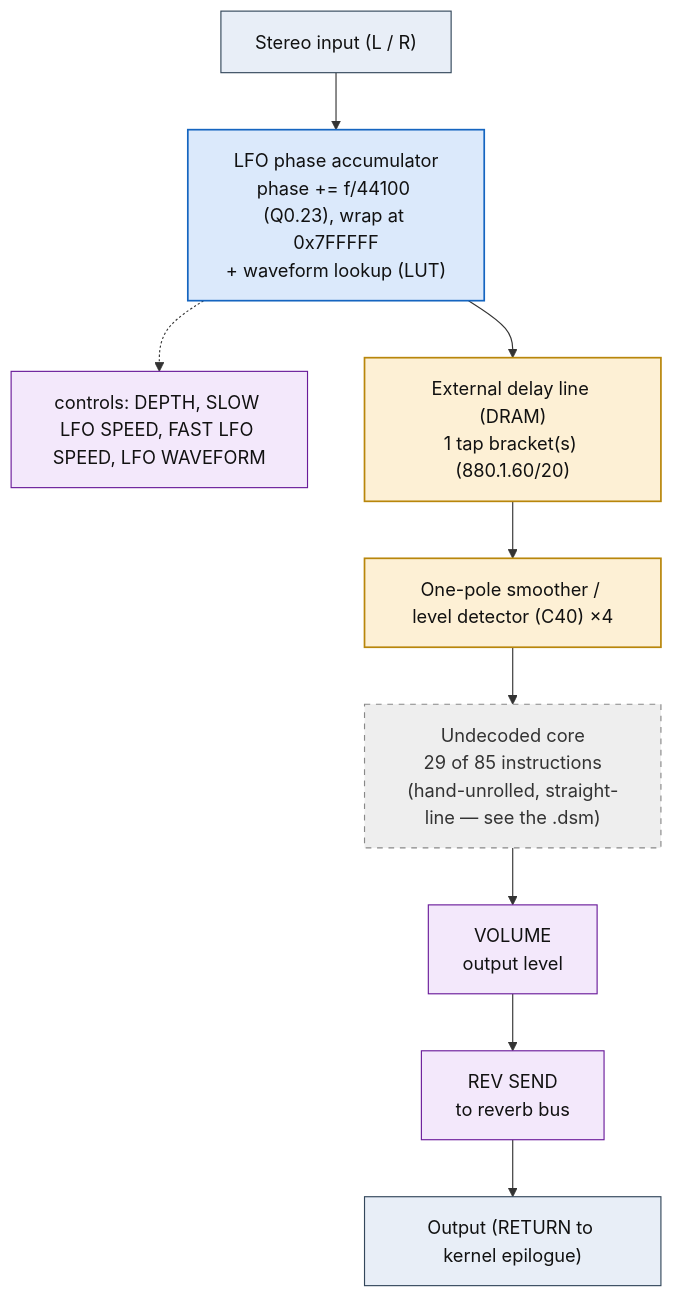
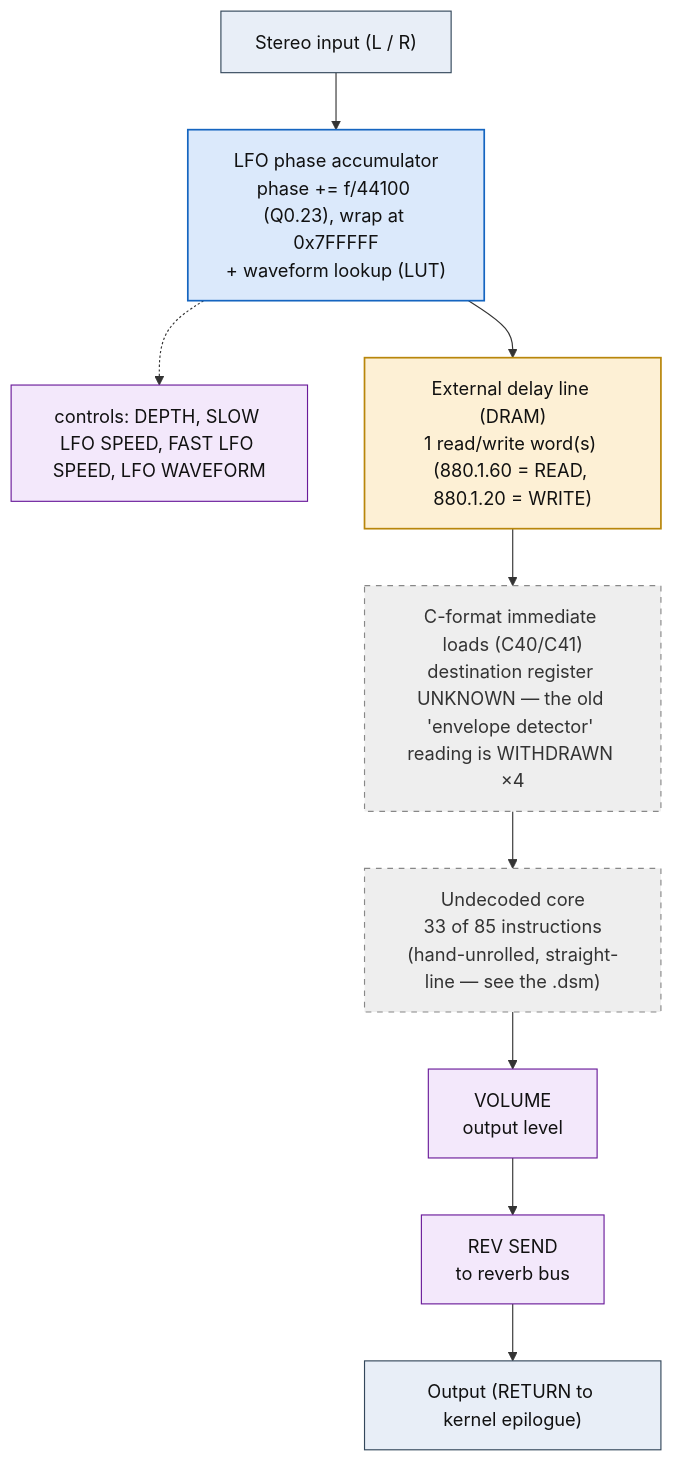
One commit to ArqueologiaDigital/kn5000-roms-disasm changed the diagram in dsp/flowcharts/prog02_modulated_chorus.md. Above: the diagram before and after it, drawn with Mermaid. The commit also changed other lines of this file and 86 other files, not shown here.

````diff
--- a/dsp/flowcharts/prog02_modulated_chorus.md
+++ b/dsp/flowcharts/prog02_modulated_chorus.md
@@ -12,32 +12,32 @@
 ```mermaid
 flowchart TD
     N0["Stereo input (L / R)"]
     N1["LFO phase accumulator<br/>phase += f/44100 (Q0.23), wrap at 0x7FFFFF<br/>+ waveform lookup (LUT)"]
     N0 --> N1
     N2["controls: DEPTH, SLOW LFO SPEED, FAST LFO SPEED, LFO WAVEFORM"]
     N1 -.-> N2
-    N3["External delay line (DRAM)<br/>1 tap bracket(s) (880.1.60/20)"]
+    N3["External delay line (DRAM)<br/>1 read/write word(s) (880.1.60 = READ, 880.1.20 = WRITE)"]
     N1 --> N3
-    N4["One-pole smoother / level detector (C40) &times;4"]
+    N4["C-format immediate loads (C40/C41)<br/>destination register UNKNOWN &mdash; the old 'envelope detector' reading is WITHDRAWN &times;4"]
     N3 --> N4
-    N5["Undecoded core<br/>29 of 85 instructions<br/>(hand-unrolled, straight-line &mdash; see the .dsm)"]
+    N5["Undecoded core<br/>33 of 85 instructions<br/>(hand-unrolled, straight-line &mdash; see the .dsm)"]
     N4 --> N5
     N6["VOLUME<br/>output level"]
     N5 --> N6
     N7["REV SEND<br/>to reverb bus"]
     N6 --> N7
     N8["Output (RETURN to kernel epilogue)"]
     N7 --> N8
 
     classDef io fill:#e8eef7,stroke:#33475b,stroke-width:1px,color:#111;
     classDef proven fill:#d7f0d7,stroke:#2e7d32,stroke-width:2px,color:#111;
     classDef measured fill:#dbe9fb,stroke:#1565c0,stroke-width:1.5px,color:#111;
     classDef inferred fill:#fdf0d5,stroke:#b8860b,stroke-width:1.5px,color:#111;
     classDef open fill:#eeeeee,stroke:#888,stroke-width:1px,color:#333,stroke-dasharray:5 5;
     classDef ctrl fill:#f3e8fb,stroke:#6a1b9a,stroke-width:1px,color:#111;
     class N0,N8 io;
     class N1 measured;
     class N2,N6,N7 ctrl;
-    class N3,N4 inferred;
-    class N5 open;
+    class N3 inferred;
+    class N4,N5 open;
 ```
````
